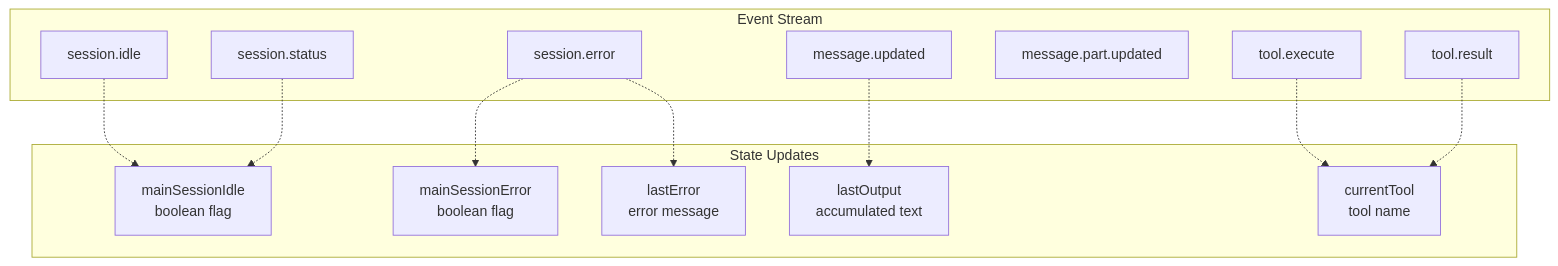
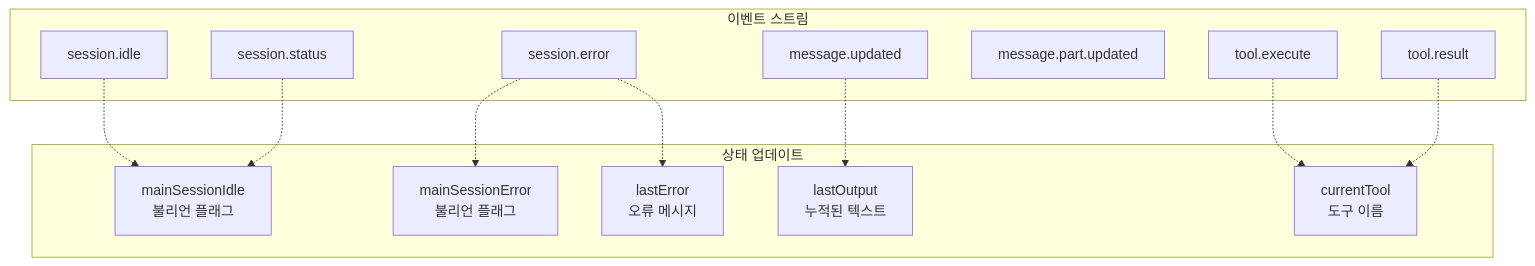
One commit to felipetruman/oh-my-opencode-docs changed the eighth of 10 diagrams in docs/agents/github-workflow-integration.md. Above: the diagram before and after it, drawn with Mermaid. The commit also changed other lines of this file and 76 other files, not shown here.

````diff
--- a/docs/agents/github-workflow-integration.md
+++ b/docs/agents/github-workflow-integration.md
@@ -429,42 +429,42 @@
 ```mermaid
 flowchart TD
 
 SessionIdle["session.idle"]
 SessionStatus["session.status"]
 SessionError["session.error"]
 MessageUpdated["message.updated"]
 MessagePartUpdated["message.part.updated"]
 ToolExecute["tool.execute"]
 ToolResult["tool.result"]
-IdleFlag["mainSessionIdle<br>boolean flag"]
-ErrorFlag["mainSessionError<br>boolean flag"]
-LastError["lastError<br>error message"]
-LastOutput["lastOutput<br>accumulated text"]
-CurrentTool["currentTool<br>tool name"]
+IdleFlag["mainSessionIdle<br>불리언 플래그"]
+ErrorFlag["mainSessionError<br>불리언 플래그"]
+LastError["lastError<br>오류 메시지"]
+LastOutput["lastOutput<br>누적된 텍스트"]
+CurrentTool["currentTool<br>도구 이름"]
 
 SessionIdle -.-> IdleFlag
 SessionStatus -.-> IdleFlag
 SessionError -.-> ErrorFlag
 SessionError -.-> LastError
 MessageUpdated -.-> LastOutput
 ToolExecute -.-> CurrentTool
 ToolResult -.-> CurrentTool
 
-subgraph subGraph1 ["State Updates"]
+subgraph subGraph1 ["상태 업데이트"]
     IdleFlag
     ErrorFlag
     LastError
     LastOutput
     CurrentTool
 end
 
-subgraph subGraph0 ["Event Stream"]
+subgraph subGraph0 ["이벤트 스트림"]
     SessionIdle
     SessionStatus
     SessionError
     MessageUpdated
     MessagePartUpdated
     ToolExecute
     ToolResult
 end
 ```
````
